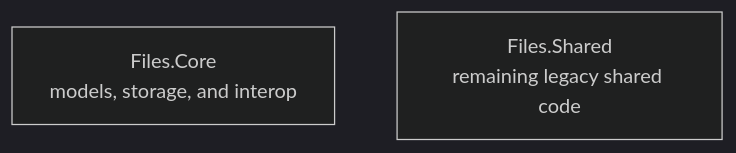
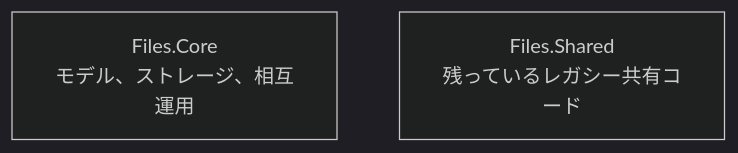
Before and after one commit to 0x5bfa/Files: the first of 3 diagrams in docs/architecture/migration.md, drawn with Mermaid (dark theme). The commit also changed other lines of this file and 18 other files, not shown here.

Commit message:
Translate architecture docs to Japanese

````diff
--- a/docs/architecture/migration.md
+++ b/docs/architecture/migration.md
@@ -7,5 +7,5 @@
 ```mermaid
 flowchart TB
-    Core["Files.Core<br/>models, storage, and interop"]
-    Shared["Files.Shared<br/>remaining legacy shared code"]
+    Core["Files.Core<br/>モデル、ストレージ、相互運用"]
+    Shared["Files.Shared<br/>残っているレガシー共有コード"]
 ```
````
